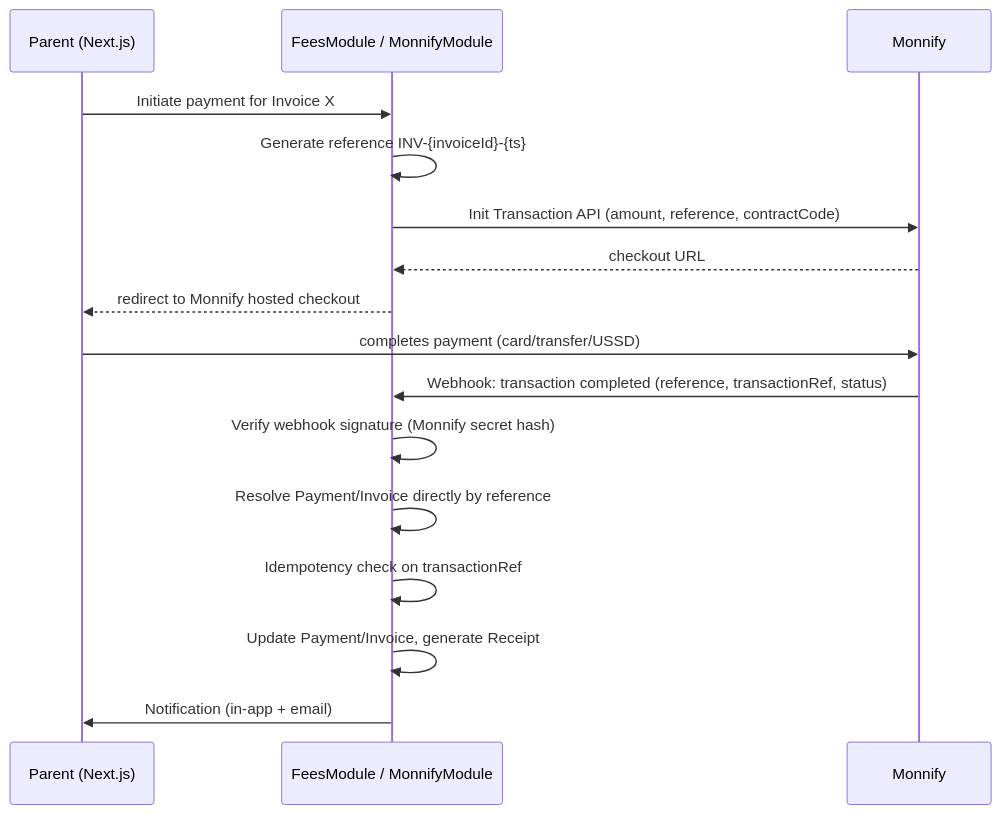
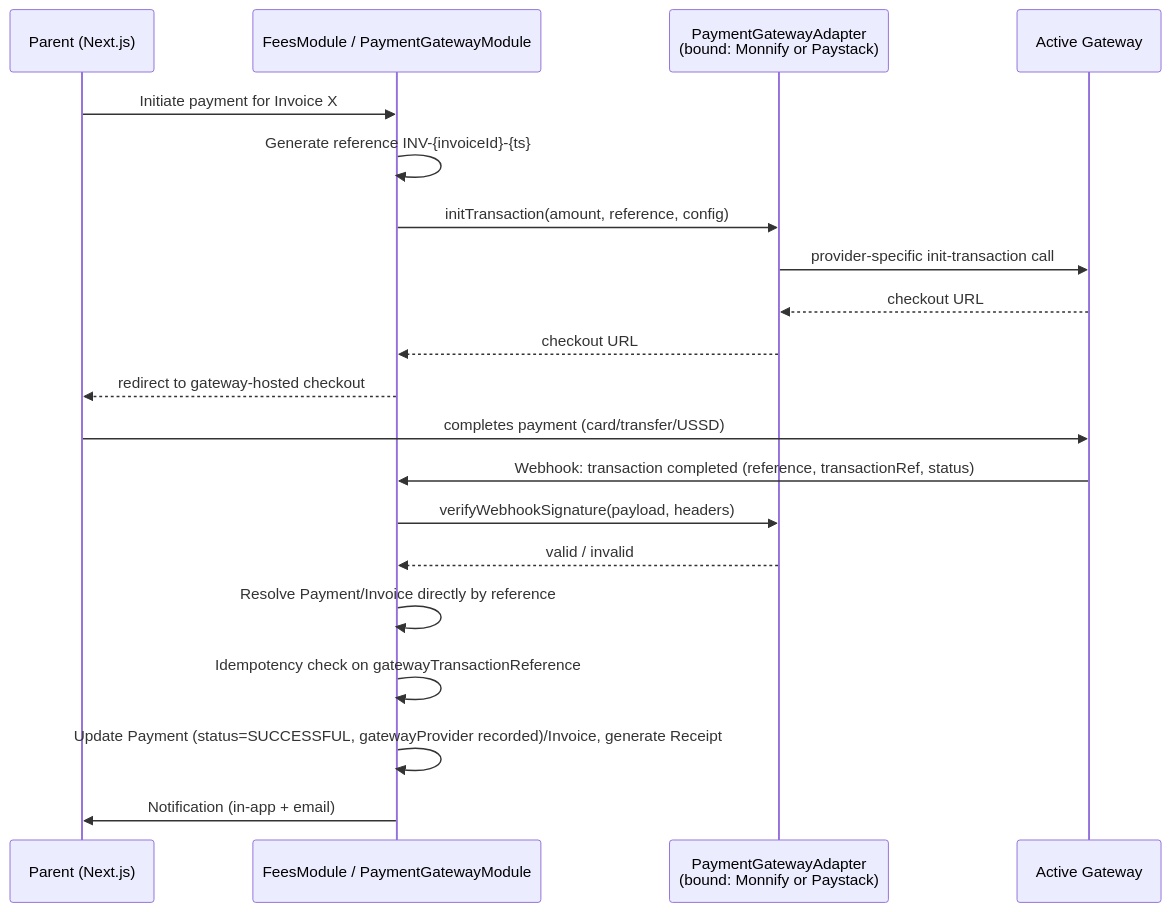
The sixth of 9 diagrams in docs/ARCHITECTURE.md (teeliny/school-management), drawn with Mermaid before and after one commit. The commit also changed other lines of this file and 3 other files, not shown here.

Commit message:
updated the docs for fees and payment

````diff
--- a/docs/ARCHITECTURE.md
+++ b/docs/ARCHITECTURE.md
@@ -247,19 +253,23 @@
 ```mermaid
 sequenceDiagram
     participant P as Parent (Next.js)
-    participant Nest as FeesModule / MonnifyModule
-    participant Mnf as Monnify
+    participant Nest as FeesModule / PaymentGatewayModule
+    participant Adp as PaymentGatewayAdapter<br/>(bound: Monnify or Paystack)
+    participant Gw as Active Gateway
 
     P->>Nest: Initiate payment for Invoice X
     Nest->>Nest: Generate reference INV-{invoiceId}-{ts}
-    Nest->>Mnf: Init Transaction API (amount, reference, contractCode)
-    Mnf-->>Nest: checkout URL
-    Nest-->>P: redirect to Monnify hosted checkout
-    P->>Mnf: completes payment (card/transfer/USSD)
-    Mnf->>Nest: Webhook: transaction completed (reference, transactionRef, status)
-    Nest->>Nest: Verify webhook signature (Monnify secret hash)
+    Nest->>Adp: initTransaction(amount, reference, config)
+    Adp->>Gw: provider-specific init-transaction call
+    Gw-->>Adp: checkout URL
+    Adp-->>Nest: checkout URL
+    Nest-->>P: redirect to gateway-hosted checkout
+    P->>Gw: completes payment (card/transfer/USSD)
+    Gw->>Nest: Webhook: transaction completed (reference, transactionRef, status)
+    Nest->>Adp: verifyWebhookSignature(payload, headers)
+    Adp-->>Nest: valid / invalid
     Nest->>Nest: Resolve Payment/Invoice directly by reference
-    Nest->>Nest: Idempotency check on transactionRef
-    Nest->>Nest: Update Payment/Invoice, generate Receipt
+    Nest->>Nest: Idempotency check on gatewayTransactionReference
+    Nest->>Nest: Update Payment (status=SUCCESSFUL, gatewayProvider recorded)/Invoice, generate Receipt
     Nest->>P: Notification (in-app + email)
 ```
````
